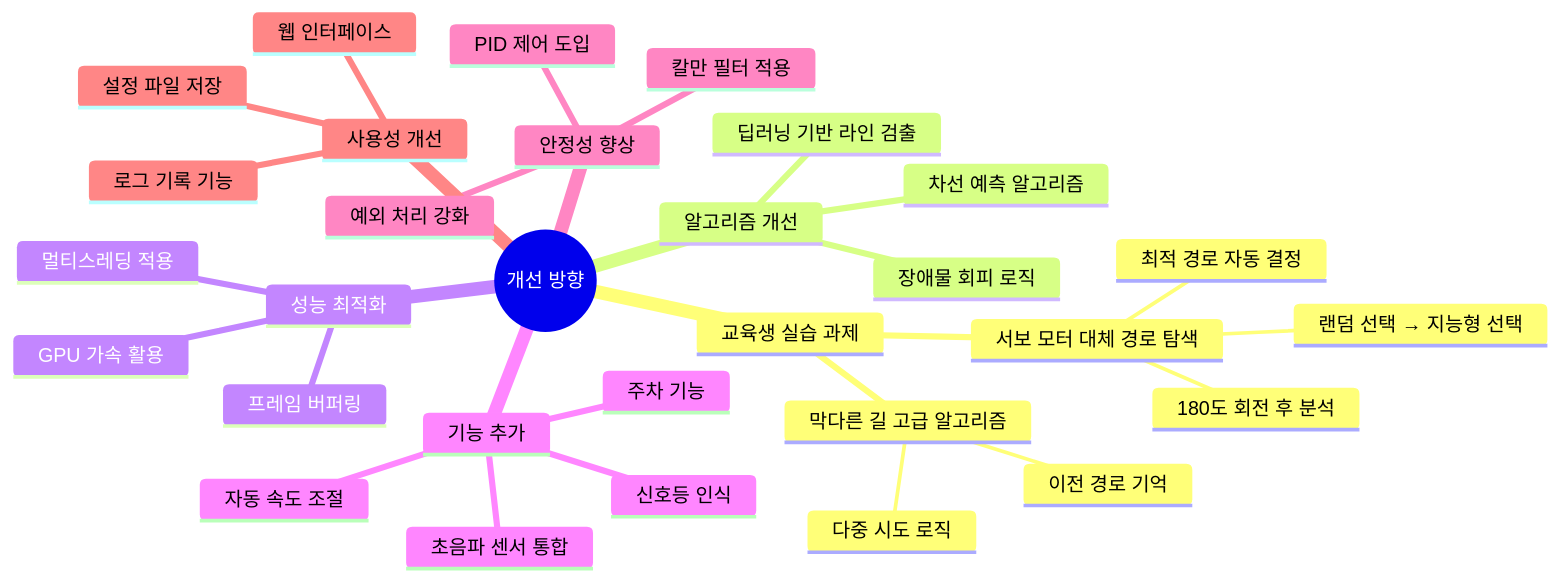
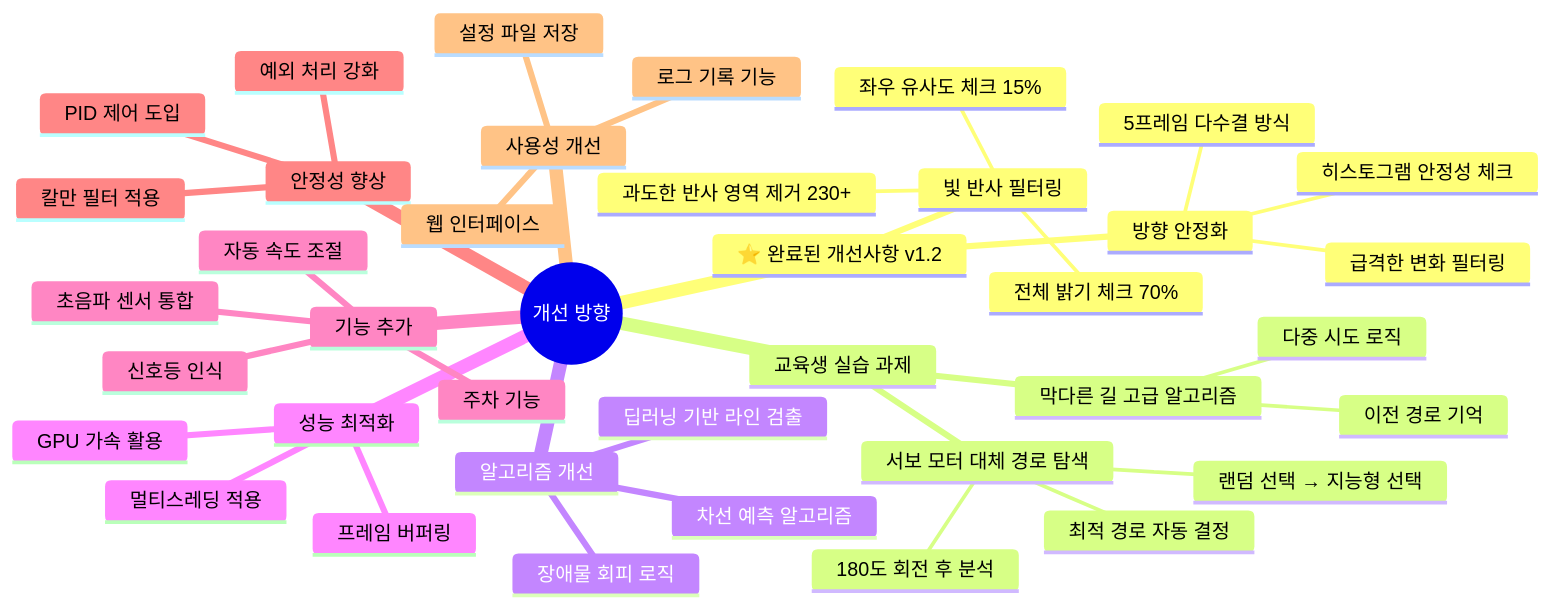
Before and after one commit to Collegenie-X/Raspbot-v2-self-driving-car: diagram 25 of 25 in 03_self_driving/AUTOPLOT_SYSTEM_ANALYSIS.md, drawn with Mermaid. The commit also changed other lines of this file and 2 other files, not shown here.

````diff
--- a/03_self_driving/AUTOPLOT_SYSTEM_ANALYSIS.md
+++ b/03_self_driving/AUTOPLOT_SYSTEM_ANALYSIS.md
@@ -1181,33 +1412,42 @@
 ```mermaid
 mindmap
   root((개선 방향))
+    ⭐ 완료된 개선사항 v1.2
+      빛 반사 필터링
+        과도한 반사 영역 제거 230+
+        전체 밝기 체크 70%
+        좌우 유사도 체크 15%
+      방향 안정화
+        5프레임 다수결 방식
+        히스토그램 안정성 체크
+        급격한 변화 필터링
     교육생 실습 과제
       서보 모터 대체 경로 탐색
         랜덤 선택 → 지능형 선택
         180도 회전 후 분석
         최적 경로 자동 결정
       막다른 길 고급 알고리즘
         다중 시도 로직
         이전 경로 기억
     알고리즘 개선
       딥러닝 기반 라인 검출
       차선 예측 알고리즘
       장애물 회피 로직
     성능 최적화
       멀티스레딩 적용
       GPU 가속 활용
       프레임 버퍼링
     기능 추가
       초음파 센서 통합
       신호등 인식
       주차 기능
       자동 속도 조절
     안정성 향상
       PID 제어 도입
       칼만 필터 적용
       예외 처리 강화
     사용성 개선
       웹 인터페이스
       설정 파일 저장
       로그 기록 기능
 ```
````
